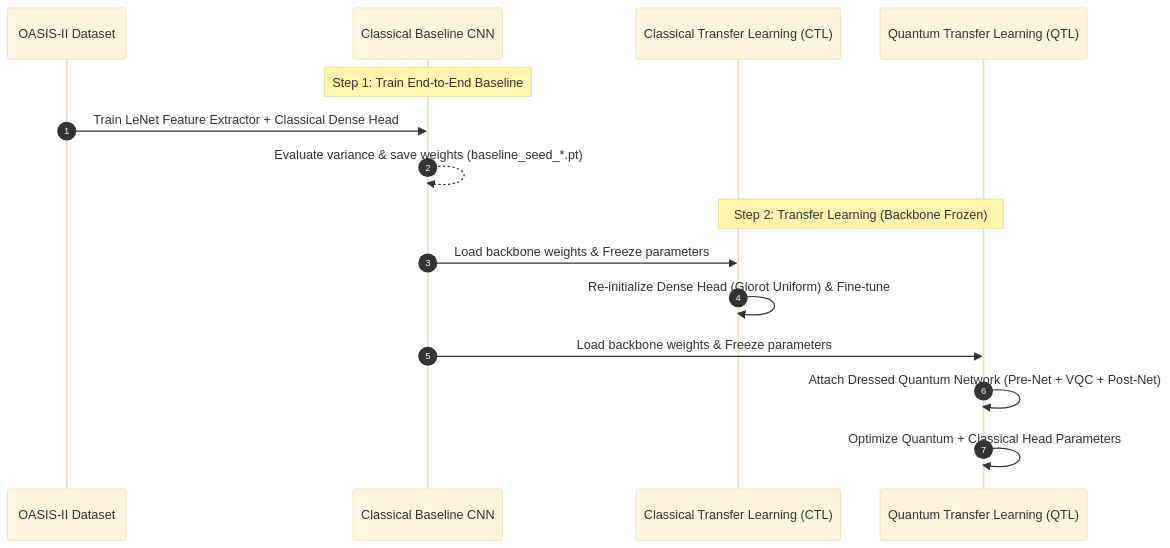
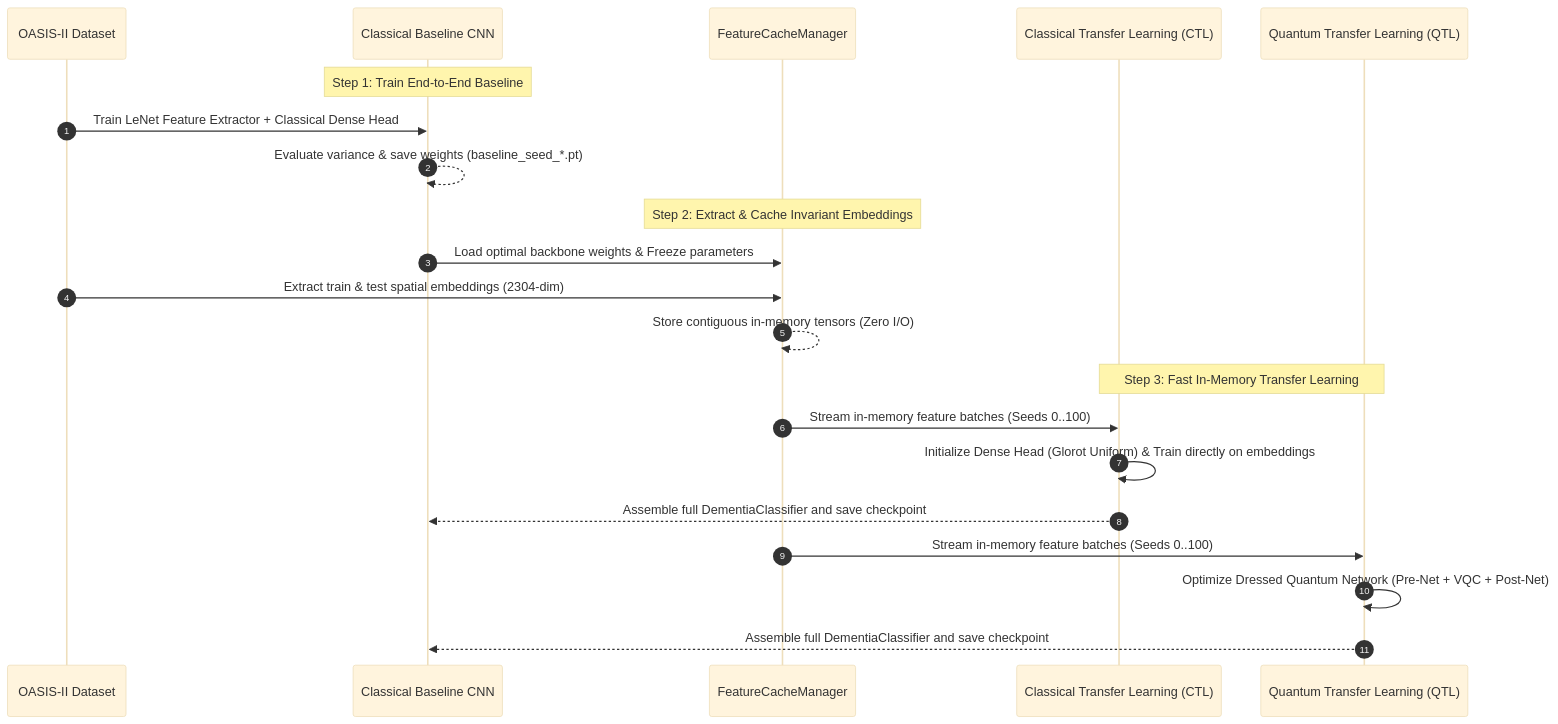
One commit to IC-QML-QTL-Dementia-Detection/dementia-boost changed the fourth of 5 diagrams in docs/architecture.md. Above: the diagram before and after it, drawn with Mermaid (base theme). The commit also changed 3 other files, not shown here.

Commit message:
feat(training): refactor classical transfer learning with in-memory embedding caching

````diff
--- a/docs/architecture.md
+++ b/docs/architecture.md
@@ -191,20 +191,27 @@
 ```mermaid
 sequenceDiagram
     autonumber
     participant D as OASIS-II Dataset
     participant Base as Classical Baseline CNN
+    participant Cache as FeatureCacheManager
     participant CTL as Classical Transfer Learning (CTL)
     participant QTL as Quantum Transfer Learning (QTL)
 
     Note over Base: Step 1: Train End-to-End Baseline
     D->>Base: Train LeNet Feature Extractor + Classical Dense Head
     Base-->>Base: Evaluate variance & save weights (baseline_seed_*.pt)
 
-    Note over CTL,QTL: Step 2: Transfer Learning (Backbone Frozen)
-    Base->>CTL: Load backbone weights & Freeze parameters
-    CTL->>CTL: Re-initialize Dense Head (Glorot Uniform) & Fine-tune
+    Note over Cache: Step 2: Extract & Cache Invariant Embeddings
+    Base->>Cache: Load optimal backbone weights & Freeze parameters
+    D->>Cache: Extract train & test spatial embeddings (2304-dim)
+    Cache-->>Cache: Store contiguous in-memory tensors (Zero I/O)
 
-    Base->>QTL: Load backbone weights & Freeze parameters
-    QTL->>QTL: Attach Dressed Quantum Network (Pre-Net + VQC + Post-Net)
-    QTL->>QTL: Optimize Quantum + Classical Head Parameters
+    Note over CTL,QTL: Step 3: Fast In-Memory Transfer Learning
+    Cache->>CTL: Stream in-memory feature batches (Seeds 0..100)
+    CTL->>CTL: Initialize Dense Head (Glorot Uniform) & Train directly on embeddings
+    CTL-->>Base: Assemble full DementiaClassifier and save checkpoint
+
+    Cache->>QTL: Stream in-memory feature batches (Seeds 0..100)
+    QTL->>QTL: Optimize Dressed Quantum Network (Pre-Net + VQC + Post-Net)
+    QTL-->>Base: Assemble full DementiaClassifier and save checkpoint
 ```
````
